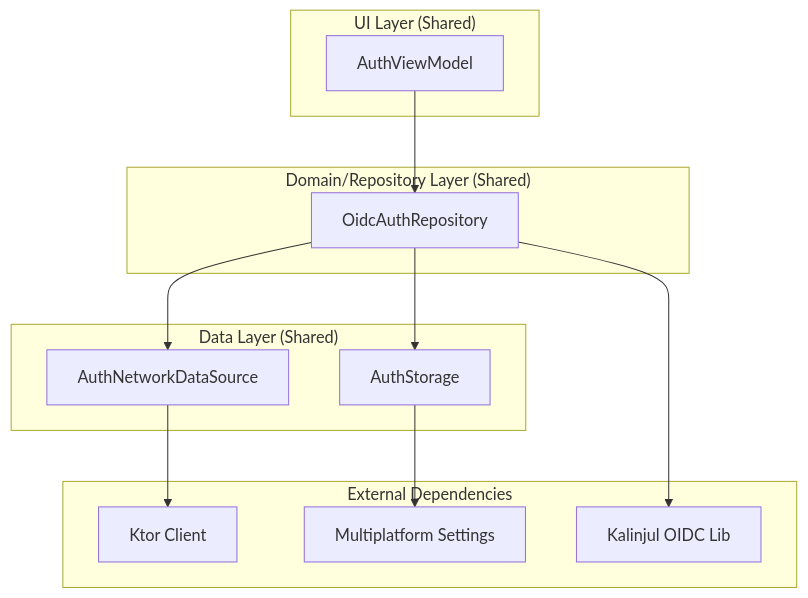
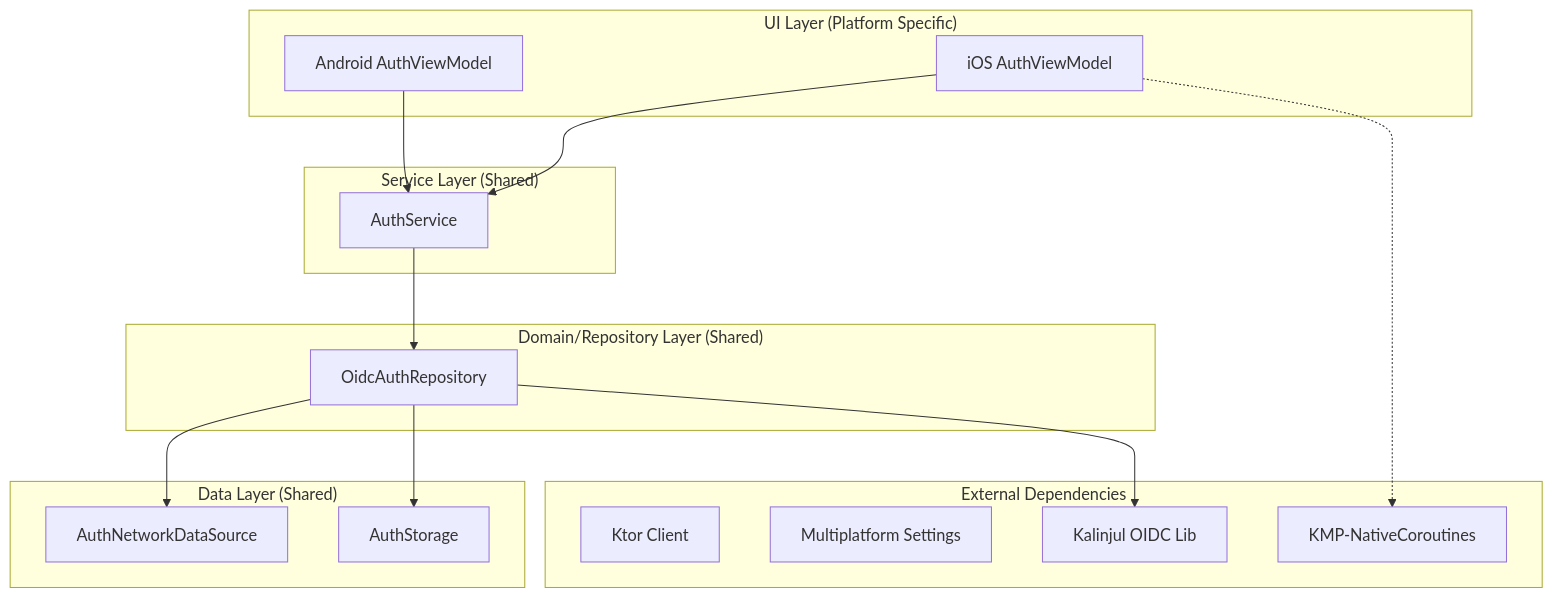
Before and after one commit to quran/mobile-sync: the diagram in auth/README.md, drawn with Mermaid. The commit also changed other lines of this file and 11 other files, not shown here.

Commit message:
- refactor to use AuthService.kt and native AuthViewModel.swift using KMP-NativeCoroutines - update other files accordingly

````diff
--- a/auth/README.md
+++ b/auth/README.md
@@ -12,28 +12,35 @@
 ```mermaid
 graph TD
-    subgraph "UI Layer (Shared)"
-        VM[AuthViewModel]
+    subgraph "UI Layer (Platform Specific)"
+        AVM[Android AuthViewModel]
+        IVM[iOS AuthViewModel]
+    end
+
+    subgraph "Service Layer (Shared)"
+        Service[AuthService]
     end
 
     subgraph "Domain/Repository Layer (Shared)"
         Repo[OidcAuthRepository]
     end
 
     subgraph "Data Layer (Shared)"
         NDS[AuthNetworkDataSource]
         Storage[AuthStorage]
     end
 
     subgraph "External Dependencies"
         Ktor[Ktor Client]
         Settings[Multiplatform Settings]
         OIDC[Kalinjul OIDC Lib]
+        NC[KMP-NativeCoroutines]
     end
 
-    VM --> Repo
+    AVM --> Service
+    IVM --> Service
+    Service --> Repo
     Repo --> NDS
     Repo --> Storage
     Repo --> OIDC
-    NDS --> Ktor
-    Storage --> Settings
+    IVM -.-> NC
 ```
````
